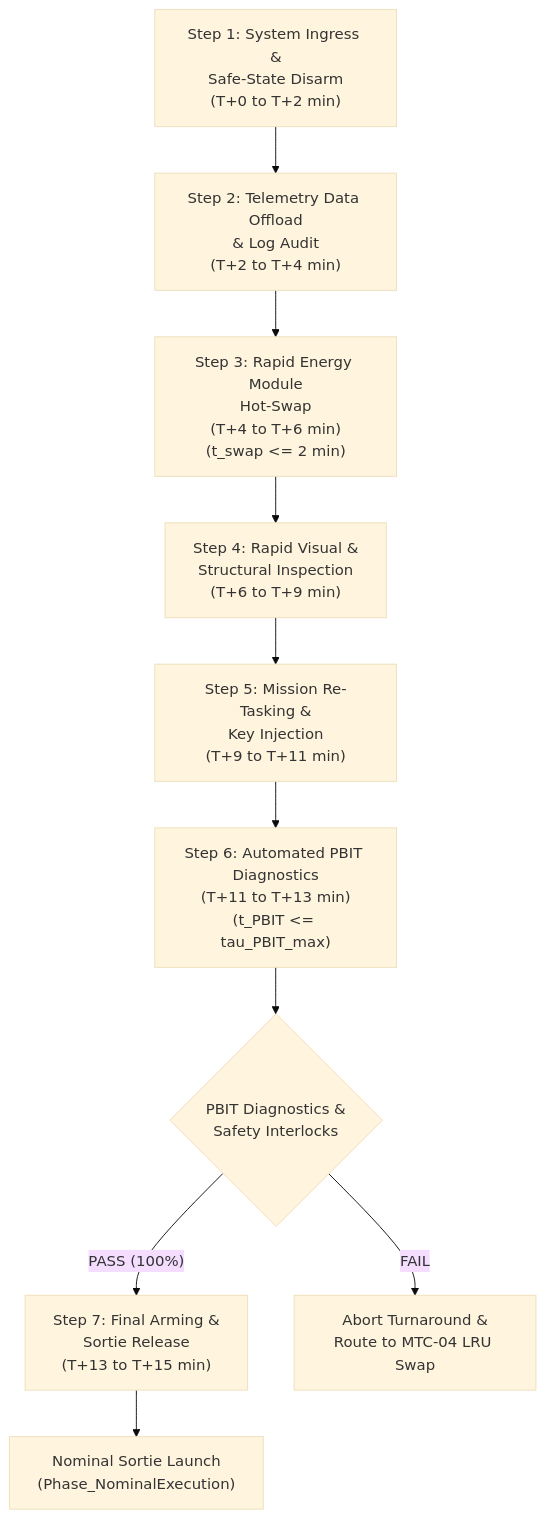
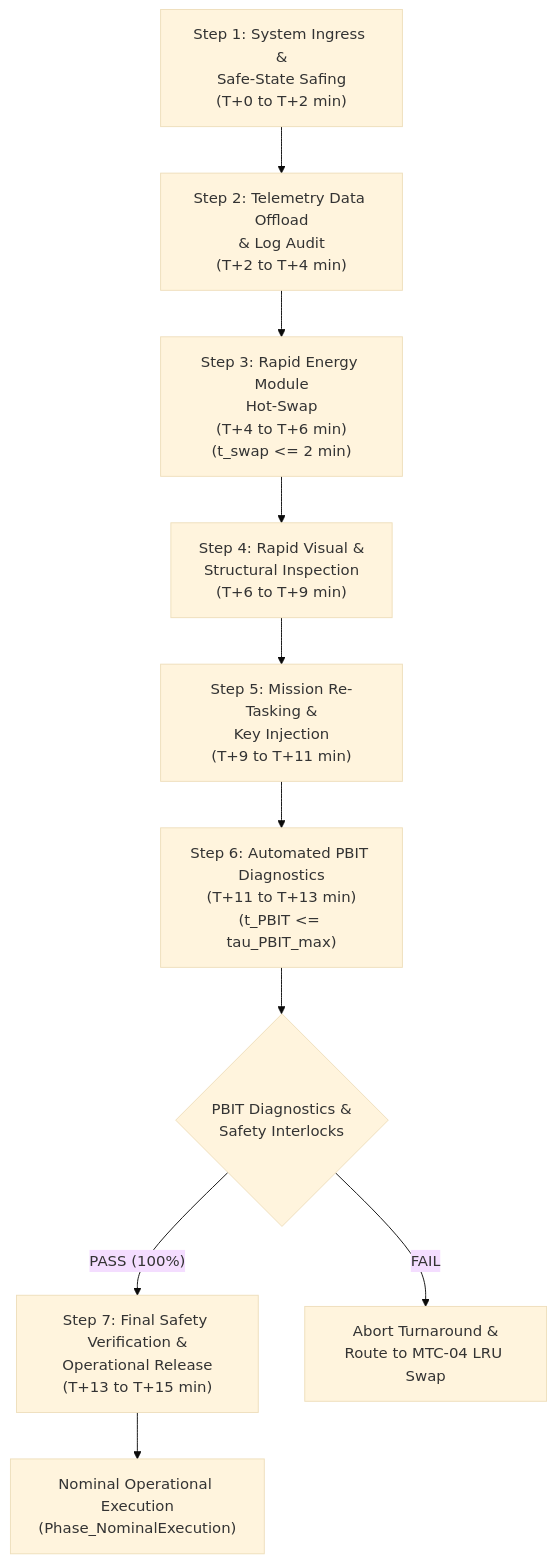
One commit to gintatkinson/DEAP01-spec-core changed the diagram in skills/spec-conops-engineering/resources/units/conops/10_MAINTENANCE_AND_GSE_SUPPORT.md. Above: the diagram before and after it, drawn with Mermaid (base theme). The commit also changed other lines of this file and 129 other files, not shown here.

````diff
--- a/skills/spec-conops-engineering/resources/units/conops/10_MAINTENANCE_AND_GSE_SUPPORT.md
+++ b/skills/spec-conops-engineering/resources/units/conops/10_MAINTENANCE_AND_GSE_SUPPORT.md
@@ -70,12 +70,12 @@
 ```mermaid
 flowchart TD
-    Step1["Step 1: System Ingress &<br/>Safe-State Disarm<br/>(T+0 to T+2 min)"] --> Step2["Step 2: Telemetry Data Offload<br/>& Log Audit<br/>(T+2 to T+4 min)"]
+    Step1["Step 1: System Ingress &<br/>Safe-State Safing<br/>(T+0 to T+2 min)"] --> Step2["Step 2: Telemetry Data Offload<br/>& Log Audit<br/>(T+2 to T+4 min)"]
     Step2 --> Step3["Step 3: Rapid Energy Module<br/>Hot-Swap<br/>(T+4 to T+6 min)<br/>(t_swap <= 2 min)"]
     Step3 --> Step4["Step 4: Rapid Visual &<br/>Structural Inspection<br/>(T+6 to T+9 min)"]
     Step4 --> Step5["Step 5: Mission Re-Tasking &<br/>Key Injection<br/>(T+9 to T+11 min)"]
     Step5 --> Step6["Step 6: Automated PBIT Diagnostics<br/>(T+11 to T+13 min)<br/>(t_PBIT <= tau_PBIT_max)"]
     Step6 --> GateCheck{"PBIT Diagnostics &<br/>Safety Interlocks"}
-    GateCheck -- "PASS (100%)" --> Step7["Step 7: Final Arming &<br/>Sortie Release<br/>(T+13 to T+15 min)"]
+    GateCheck -- "PASS (100%)" --> Step7["Step 7: Final Safety Verification &<br/>Operational Release<br/>(T+13 to T+15 min)"]
     GateCheck -- "FAIL" --> AbortMTC04["Abort Turnaround &<br/>Route to MTC-04 LRU Swap"]
-    Step7 --> SortieLaunch["Nominal Sortie Launch<br/>(Phase_NominalExecution)"]
+    Step7 --> SortieLaunch["Nominal Operational Execution<br/>(Phase_NominalExecution)"]
 ```
````
